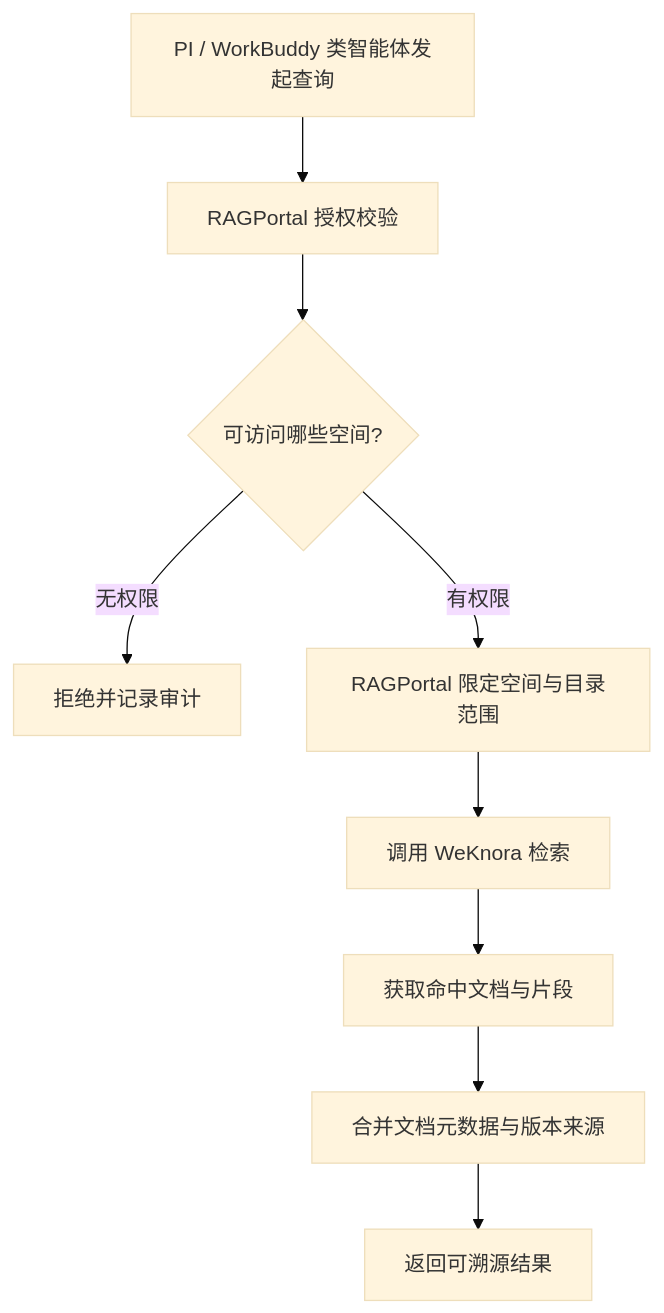
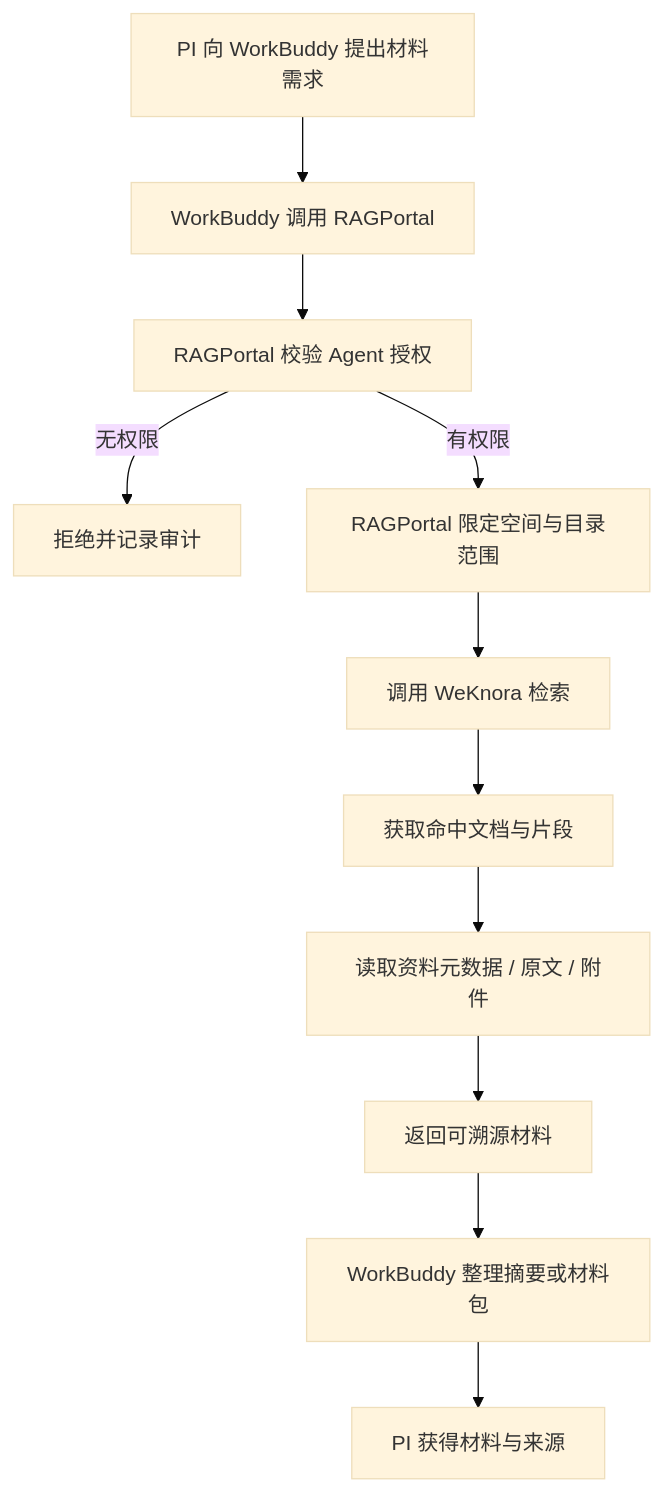
Before and after one commit to SynlysAI/RAGPortal: the third of 3 diagrams in docs/specs/2026-09-24-pi-private-knowledge-space-prd.md, drawn with Mermaid (base theme). The commit also changed other lines of this file and 3 other files, not shown here.

````diff
--- a/docs/specs/2026-09-24-pi-private-knowledge-space-prd.md
+++ b/docs/specs/2026-09-24-pi-private-knowledge-space-prd.md
@@ -298,11 +406,13 @@
 ```mermaid
 flowchart TD
-    A[PI / WorkBuddy 类智能体发起查询] --> B[RAGPortal 授权校验]
-    B --> C{可访问哪些空间?}
+    A[PI 向 WorkBuddy 提出材料需求] --> B[WorkBuddy 调用 RAGPortal]
+    B --> C[RAGPortal 校验 Agent 授权]
     C -- 无权限 --> D[拒绝并记录审计]
     C -- 有权限 --> E[RAGPortal 限定空间与目录范围]
     E --> F[调用 WeKnora 检索]
     F --> G[获取命中文档与片段]
-    G --> H[合并文档元数据与版本来源]
-    H --> I[返回可溯源结果]
+    G --> H[读取资料元数据 / 原文 / 附件]
+    H --> I[返回可溯源材料]
+    I --> J[WorkBuddy 整理摘要或材料包]
+    J --> K[PI 获得材料与来源]
 ```
````
